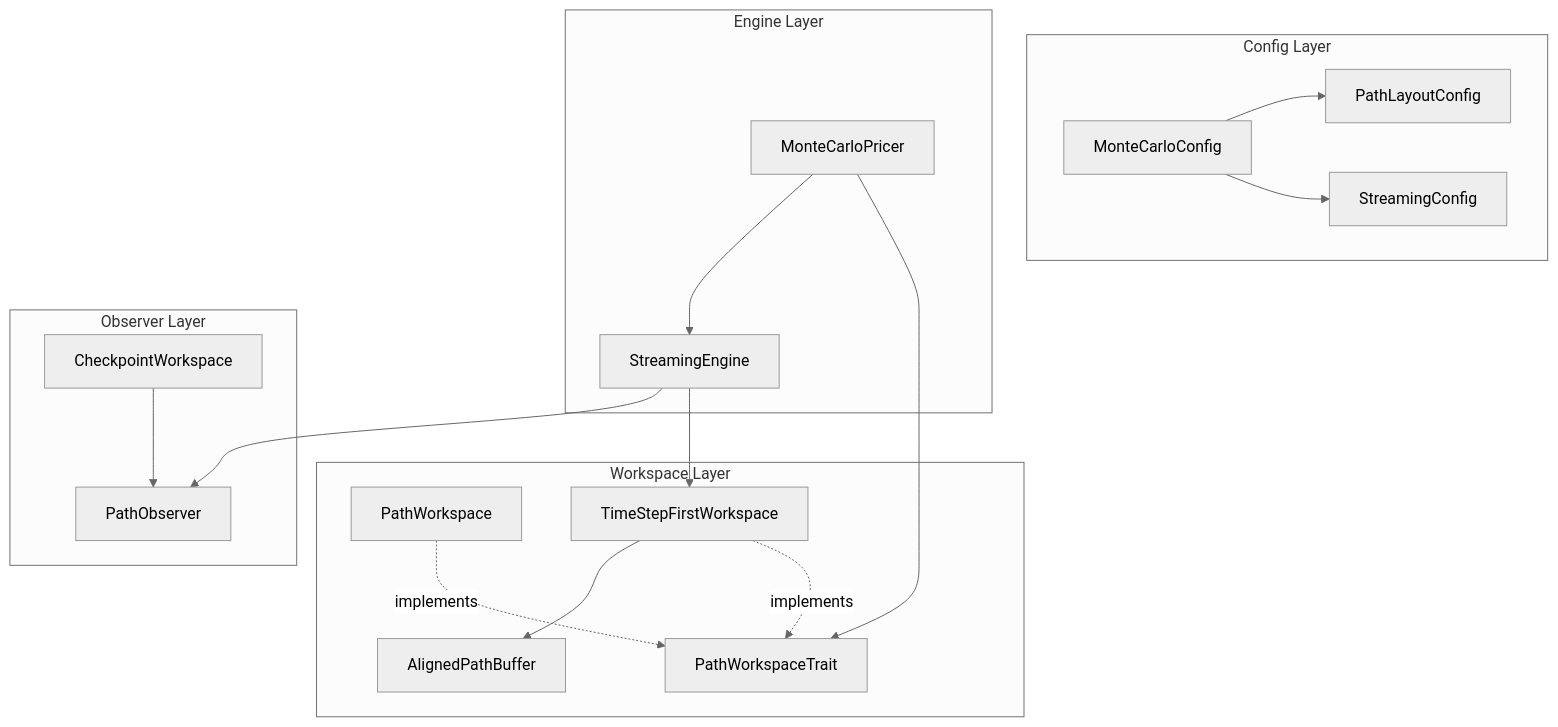
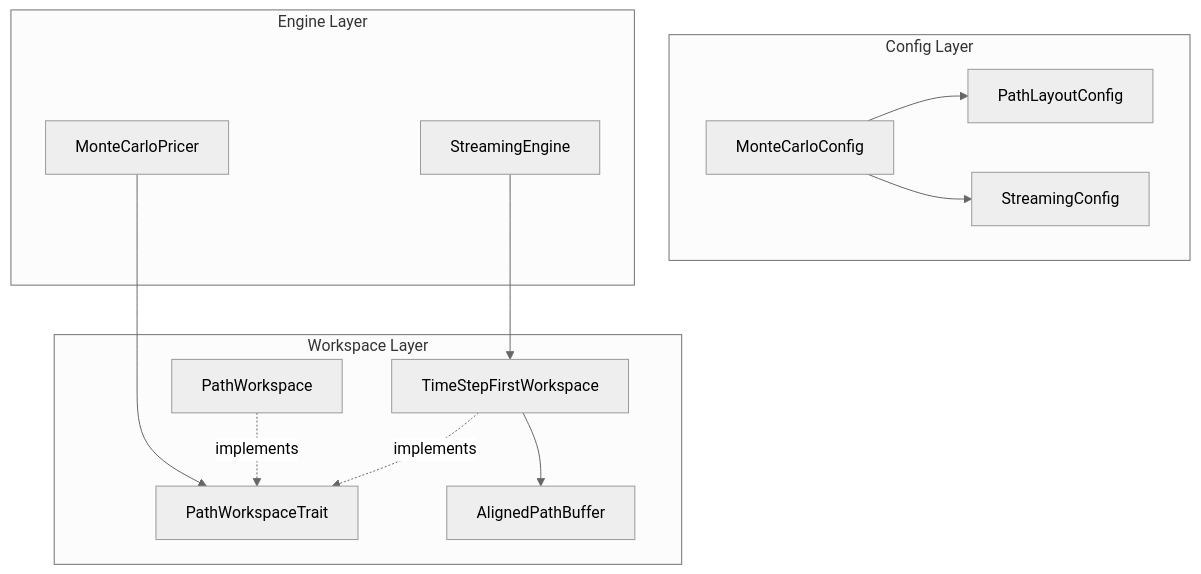
Before and after one commit to neutryx-lab/neutryx-rust: the diagram in .kiro/specs/mc-memory-layout-optimisation/design.md, drawn with Mermaid (neutral theme). The commit also changed other lines of this file and 18 other files, not shown here.

````diff
--- a/.kiro/specs/mc-memory-layout-optimisation/design.md
+++ b/.kiro/specs/mc-memory-layout-optimisation/design.md
@@ -46,36 +38,28 @@
 ```mermaid
 graph TB
     subgraph Config Layer
         MC[MonteCarloConfig]
         PLC[PathLayoutConfig]
         SC[StreamingConfig]
     end
 
     subgraph Workspace Layer
         PWT[PathWorkspaceTrait]
         PW[PathWorkspace]
         TSFW[TimeStepFirstWorkspace]
         APB[AlignedPathBuffer]
     end
 
     subgraph Engine Layer
         MCP[MonteCarloPricer]
         SE[StreamingEngine]
     end
 
-    subgraph Observer Layer
-        PO[PathObserver]
-        CW[CheckpointWorkspace]
-    end
-
     MC --> PLC
     MC --> SC
     MCP --> PWT
     PW -.->|implements| PWT
     TSFW -.->|implements| PWT
     TSFW --> APB
     SE --> TSFW
-    SE --> PO
-    MCP --> SE
-    CW --> PO
 ```
````
